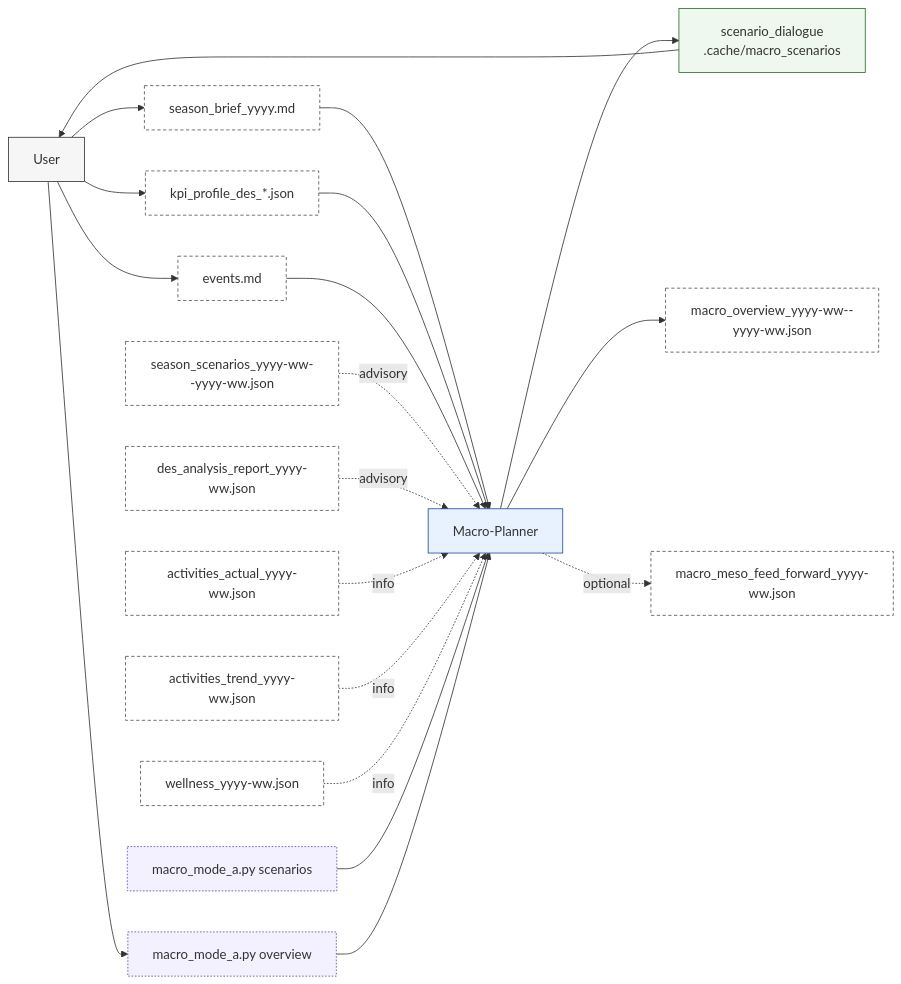
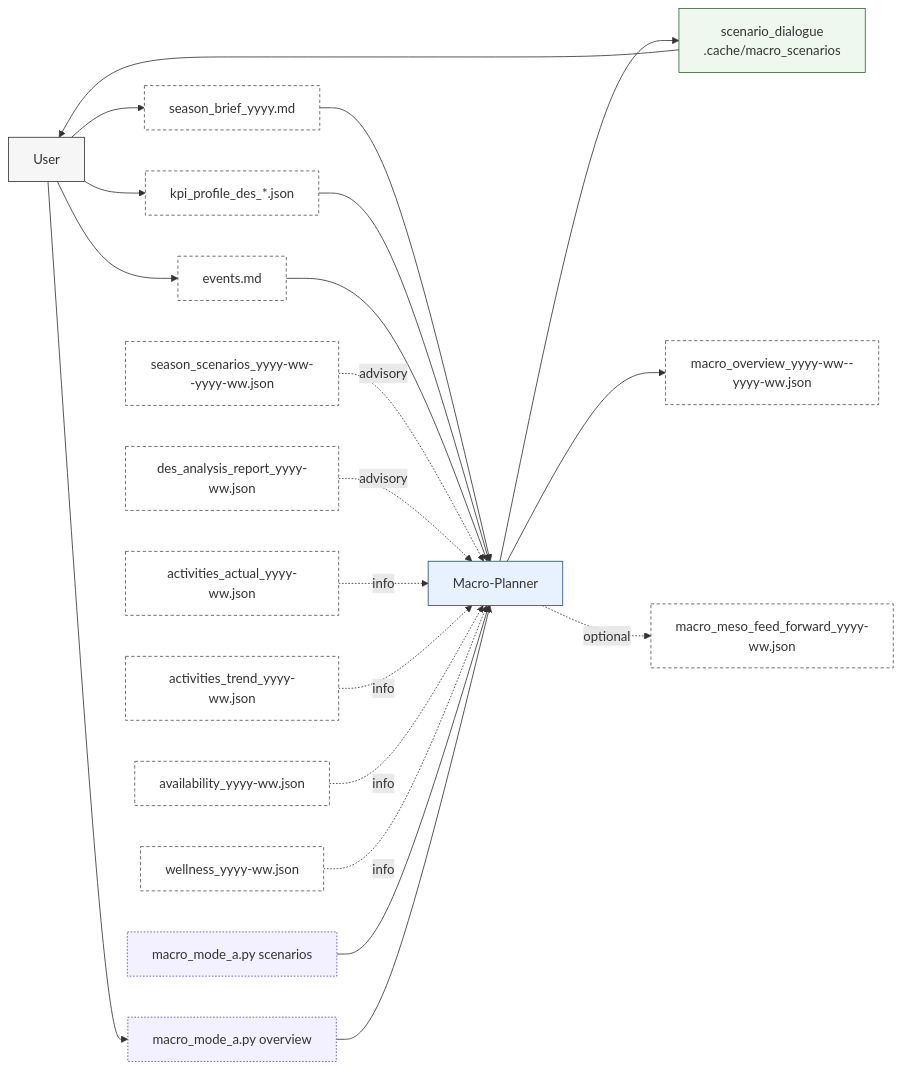
Before and after one commit to albauer-priv/RPS: the third of 8 diagrams in doc/artefact_flow_overview_and_detail.md, drawn with Mermaid. The commit also changed other lines of this file and 42 other files, not shown here.

Commit message:
Add availability artefact and update planning contracts

````diff
--- a/doc/artefact_flow_overview_and_detail.md
+++ b/doc/artefact_flow_overview_and_detail.md
@@ -158,24 +167,25 @@
 ```mermaid
 flowchart LR
   U[User]:::actor --> SB[season_brief_yyyy.md]:::artefact --> MA[Macro-Planner]:::agent
   U --> KP[kpi_profile_des_*.json]:::artefact --> MA
   U --> EV[events.md]:::artefact --> MA
   SC[season_scenarios_yyyy-ww--yyyy-ww.json]:::artefact -. advisory .-> MA
   DR[des_analysis_report_yyyy-ww.json]:::artefact -. advisory .-> MA
   AA[activities_actual_yyyy-ww.json]:::artefact -. info .-> MA
   AT[activities_trend_yyyy-ww.json]:::artefact -. info .-> MA
+  AV[availability_yyyy-ww.json]:::artefact -. info .-> MA
   WL[wellness_yyyy-ww.json]:::artefact -. info .-> MA
 
   S1[macro_mode_a.py scenarios]:::script --> MA
   MA --> SCN[scenario_dialogue<br/>.cache/macro_scenarios]:::component --> U
   U --> S2[macro_mode_a.py overview]:::script --> MA
 
   MA --> MO[macro_overview_yyyy-ww--yyyy-ww.json]:::artefact
   MA -. optional .-> MMFF[macro_meso_feed_forward_yyyy-ww.json]:::artefact
 
   classDef actor fill:#f6f6f6,stroke:#333,stroke-width:1px;
   classDef agent fill:#e8f2ff,stroke:#1f4b99,stroke-width:1px;
   classDef artefact fill:#ffffff,stroke:#555,stroke-dasharray: 4 3,stroke-width:1px;
   classDef script fill:#f3f0ff,stroke:#5b4db8,stroke-width:1px,stroke-dasharray: 2 2;
   classDef component fill:#eef8ee,stroke:#2f6b2f,stroke-width:1px;
 ```
````
